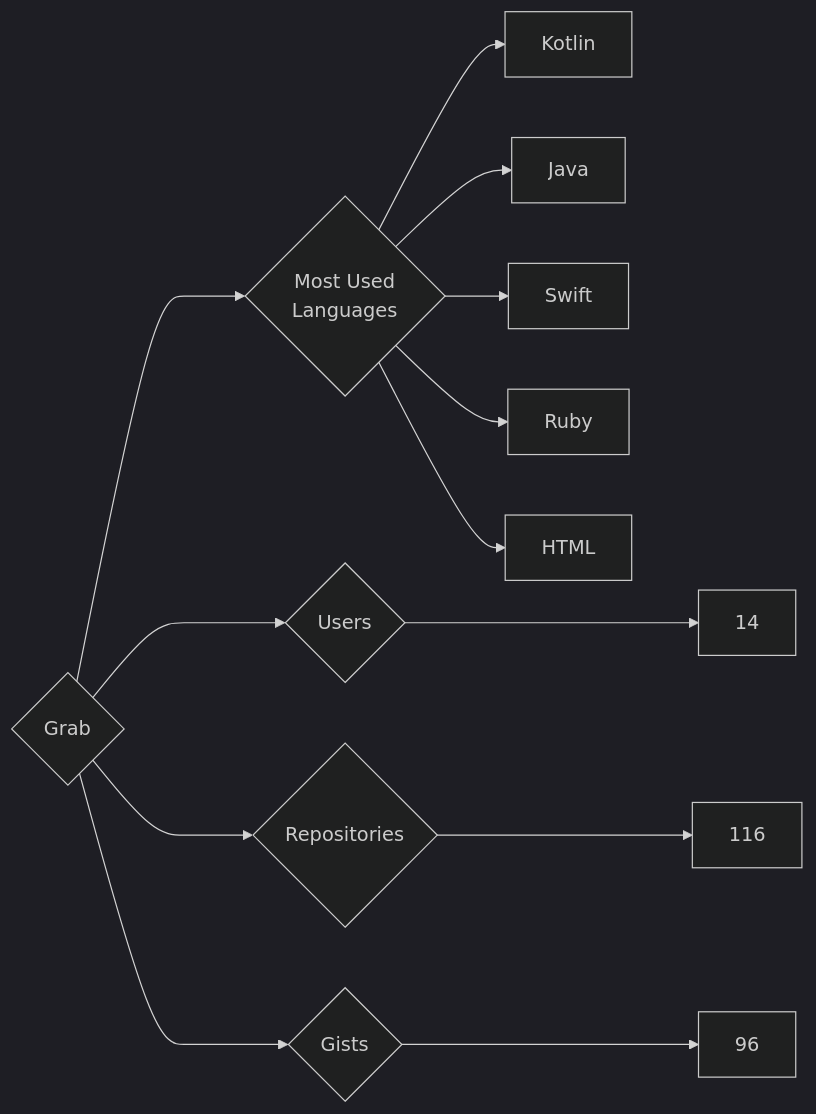
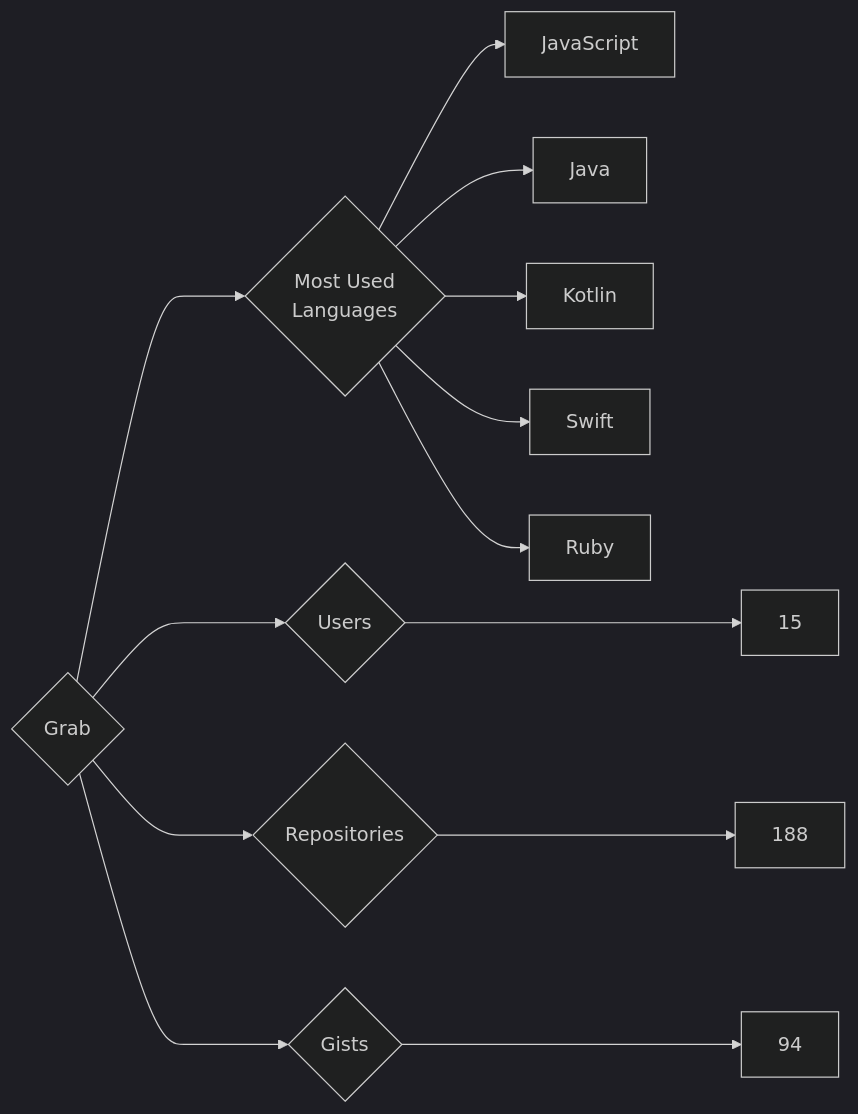
One commit to trickest/insiders changed the diagram in targets/Grab/README.md. Above: the diagram before and after it, drawn with Mermaid (dark theme). The commit also changed 823 other files, not shown here.

````diff
--- a/targets/Grab/README.md
+++ b/targets/Grab/README.md
@@ -3,13 +3,13 @@
 ```mermaid
 graph LR
 COMPANY_NAME{Grab}
-COMPANY_NAME ---> U{Users} ---> UN[14]
-COMPANY_NAME ---> R{Repositories} ---> RN[116]
-COMPANY_NAME ---> G{Gists} ---> GN[96]
+COMPANY_NAME ---> U{Users} ---> UN[15]
+COMPANY_NAME ---> R{Repositories} ---> RN[188]
+COMPANY_NAME ---> G{Gists} ---> GN[94]
 COMPANY_NAME ---> ML{Most Used<br>Languages}
+ML --> JavaScript[JavaScript]
+ML --> Java[Java]
 ML --> Kotlin[Kotlin]
-ML --> Java[Java]
 ML --> Swift[Swift]
 ML --> Ruby[Ruby]
-ML --> HTML[HTML]
 ```
````
